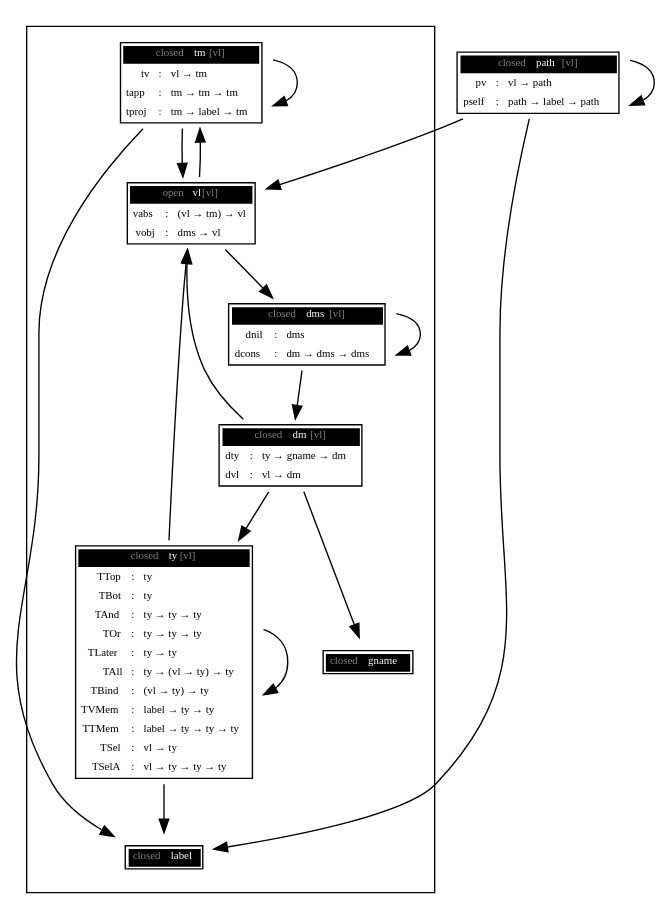
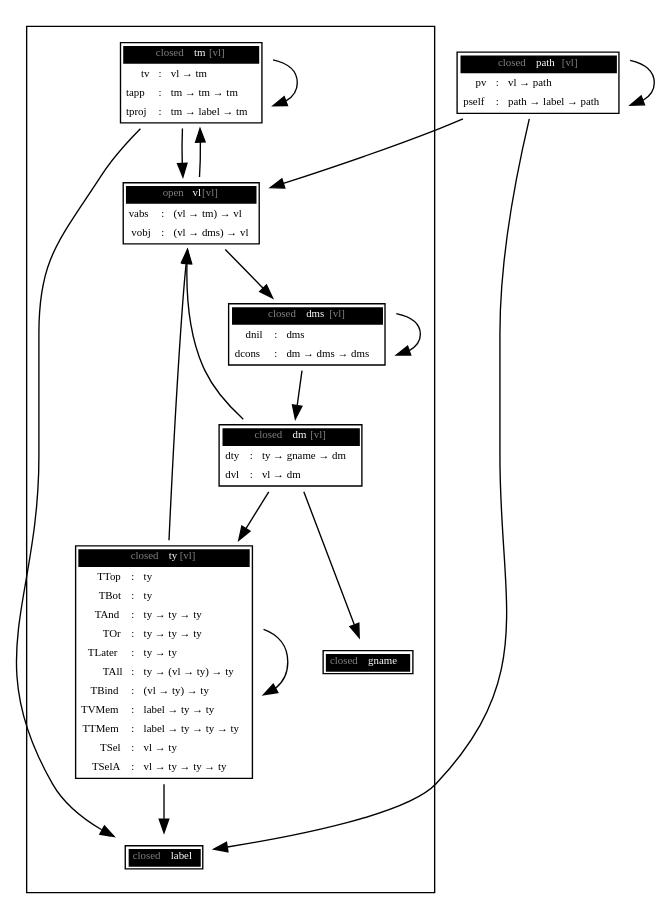
Before and after one commit to Blaisorblade/autosubst2-proto: the diagram in example/dot.dot, drawn with Graphviz. The commit also changed 3 other files, not shown here.

```diff
--- a/example/dot.dot
+++ b/example/dot.dot
@@ -1,52 +1,52 @@
 strict digraph {
     node [shape=plaintext
          ,fontsize=8];
     subgraph cluster {
         tm [label=<<TABLE BORDER="1" CELLBORDER="0" CELLSPACING="1"><TR><TD ALIGN="CENTER" COLSPAN="3" BGCOLOR="black"><FONT COLOR="gray">closed </FONT><FONT COLOR="white">tm</FONT><FONT COLOR="gray">[vl]</FONT></TD></TR>
                                                                     <TR><TD ALIGN="RIGHT">tv</TD> <TD ALIGN="CENTER">:</TD> <TD ALIGN="LEFT">vl → tm</TD></TR>
                                                                     <TR><TD ALIGN="RIGHT">tapp</TD> <TD ALIGN="CENTER">:</TD> <TD ALIGN="LEFT">tm → tm → tm</TD></TR>
                                                                     <TR><TD ALIGN="RIGHT">tproj</TD> <TD ALIGN="CENTER">:</TD> <TD ALIGN="LEFT">tm → label → tm</TD></TR></TABLE>>];
         vl [label=<<TABLE BORDER="1" CELLBORDER="0" CELLSPACING="1"><TR><TD ALIGN="CENTER" COLSPAN="3" BGCOLOR="black"><FONT COLOR="gray">open </FONT><FONT COLOR="white">vl</FONT><FONT COLOR="gray">[vl]</FONT></TD></TR>
                                                                     <TR><TD ALIGN="RIGHT">vabs</TD> <TD ALIGN="CENTER">:</TD> <TD ALIGN="LEFT">(vl → tm) → vl</TD></TR>
-                                                                    <TR><TD ALIGN="RIGHT">vobj</TD> <TD ALIGN="CENTER">:</TD> <TD ALIGN="LEFT">dms → vl</TD></TR></TABLE>>];
+                                                                    <TR><TD ALIGN="RIGHT">vobj</TD> <TD ALIGN="CENTER">:</TD> <TD ALIGN="LEFT">(vl → dms) → vl</TD></TR></TABLE>>];
         dms [label=<<TABLE BORDER="1" CELLBORDER="0" CELLSPACING="1"><TR><TD ALIGN="CENTER" COLSPAN="3" BGCOLOR="black"><FONT COLOR="gray">closed </FONT><FONT COLOR="white">dms</FONT><FONT COLOR="gray">[vl]</FONT></TD></TR>
                                                                      <TR><TD ALIGN="RIGHT">dnil</TD> <TD ALIGN="CENTER">:</TD> <TD ALIGN="LEFT">dms</TD></TR>
                                                                      <TR><TD ALIGN="RIGHT">dcons</TD> <TD ALIGN="CENTER">:</TD> <TD ALIGN="LEFT">dm → dms → dms</TD></TR></TABLE>>];
         dm [label=<<TABLE BORDER="1" CELLBORDER="0" CELLSPACING="1"><TR><TD ALIGN="CENTER" COLSPAN="3" BGCOLOR="black"><FONT COLOR="gray">closed </FONT><FONT COLOR="white">dm</FONT><FONT COLOR="gray">[vl]</FONT></TD></TR>
                                                                     <TR><TD ALIGN="RIGHT">dty</TD> <TD ALIGN="CENTER">:</TD> <TD ALIGN="LEFT">ty → gname → dm</TD></TR>
                                                                     <TR><TD ALIGN="RIGHT">dvl</TD> <TD ALIGN="CENTER">:</TD> <TD ALIGN="LEFT">vl → dm</TD></TR></TABLE>>];
         ty [label=<<TABLE BORDER="1" CELLBORDER="0" CELLSPACING="1"><TR><TD ALIGN="CENTER" COLSPAN="3" BGCOLOR="black"><FONT COLOR="gray">closed </FONT><FONT COLOR="white">ty</FONT><FONT COLOR="gray">[vl]</FONT></TD></TR>
                                                                     <TR><TD ALIGN="RIGHT">TTop</TD> <TD ALIGN="CENTER">:</TD> <TD ALIGN="LEFT">ty</TD></TR>
                                                                     <TR><TD ALIGN="RIGHT">TBot</TD> <TD ALIGN="CENTER">:</TD> <TD ALIGN="LEFT">ty</TD></TR>
                                                                     <TR><TD ALIGN="RIGHT">TAnd</TD> <TD ALIGN="CENTER">:</TD> <TD ALIGN="LEFT">ty → ty → ty</TD></TR>
                                                                     <TR><TD ALIGN="RIGHT">TOr</TD> <TD ALIGN="CENTER">:</TD> <TD ALIGN="LEFT">ty → ty → ty</TD></TR>
                                                                     <TR><TD ALIGN="RIGHT">TLater</TD> <TD ALIGN="CENTER">:</TD> <TD ALIGN="LEFT">ty → ty</TD></TR>
                                                                     <TR><TD ALIGN="RIGHT">TAll</TD> <TD ALIGN="CENTER">:</TD> <TD ALIGN="LEFT">ty → (vl → ty) → ty</TD></TR>
                                                                     <TR><TD ALIGN="RIGHT">TBind</TD> <TD ALIGN="CENTER">:</TD> <TD ALIGN="LEFT">(vl → ty) → ty</TD></TR>
                                                                     <TR><TD ALIGN="RIGHT">TVMem</TD> <TD ALIGN="CENTER">:</TD> <TD ALIGN="LEFT">label → ty → ty</TD></TR>
                                                                     <TR><TD ALIGN="RIGHT">TTMem</TD> <TD ALIGN="CENTER">:</TD> <TD ALIGN="LEFT">label → ty → ty → ty</TD></TR>
                                                                     <TR><TD ALIGN="RIGHT">TSel</TD> <TD ALIGN="CENTER">:</TD> <TD ALIGN="LEFT">vl → ty</TD></TR>
                                                                     <TR><TD ALIGN="RIGHT">TSelA</TD> <TD ALIGN="CENTER">:</TD> <TD ALIGN="LEFT">vl → ty → ty → ty</TD></TR></TABLE>>];
         tm -> vl;
         tm -> tm;
         tm -> label;
         vl -> tm;
         vl -> dms;
         dms -> dm;
         dms -> dms;
         dm -> ty;
         dm -> gname;
         dm -> vl;
         ty -> ty;
         ty -> label;
         ty -> vl;
     }
     label [label=<<TABLE BORDER="1" CELLBORDER="0" CELLSPACING="1"><TR><TD ALIGN="CENTER" COLSPAN="3" BGCOLOR="black"><FONT COLOR="gray">closed </FONT><FONT COLOR="white">label</FONT></TD></TR></TABLE>>];
     gname [label=<<TABLE BORDER="1" CELLBORDER="0" CELLSPACING="1"><TR><TD ALIGN="CENTER" COLSPAN="3" BGCOLOR="black"><FONT COLOR="gray">closed </FONT><FONT COLOR="white">gname</FONT></TD></TR></TABLE>>];
     path [label=<<TABLE BORDER="1" CELLBORDER="0" CELLSPACING="1"><TR><TD ALIGN="CENTER" COLSPAN="3" BGCOLOR="black"><FONT COLOR="gray">closed </FONT><FONT COLOR="white">path</FONT><FONT COLOR="gray">[vl]</FONT></TD></TR>
                                                                   <TR><TD ALIGN="RIGHT">pv</TD> <TD ALIGN="CENTER">:</TD> <TD ALIGN="LEFT">vl → path</TD></TR>
                                                                   <TR><TD ALIGN="RIGHT">pself</TD> <TD ALIGN="CENTER">:</TD> <TD ALIGN="LEFT">path → label → path</TD></TR></TABLE>>];
     path -> vl;
     path -> path;
     path -> label;
 }
```
